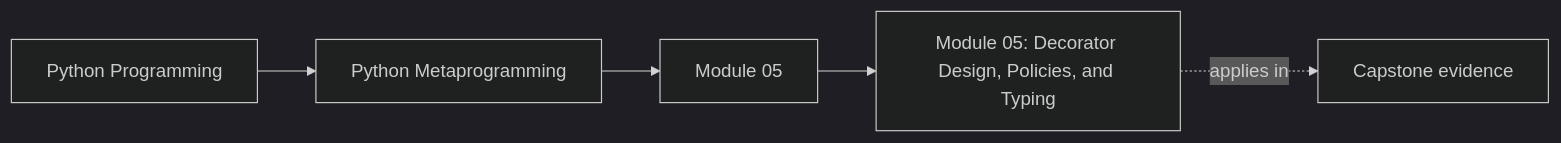
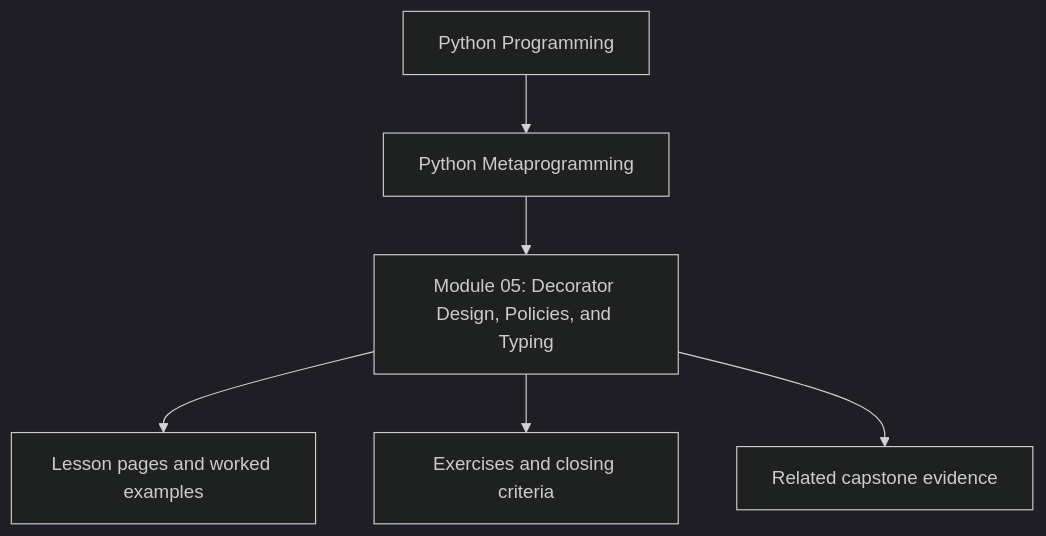
The first of 3 diagrams in programs/python-programming/python-meta-programming/course-book/module-05-decorator-design-and-typing/index.md (bijux/bijux-masterclass), drawn with Mermaid (dark theme) before and after one commit. The commit also changed other lines of this file and 10 other files, not shown here.

Commit message:
docs(python-meta-programming): reposition module overview diagrams

````diff
--- a/programs/python-programming/python-meta-programming/course-book/module-05-decorator-design-and-typing/index.md
+++ b/programs/python-programming/python-meta-programming/course-book/module-05-decorator-design-and-typing/index.md
@@ -8,11 +8,8 @@
 ```mermaid
-graph LR
-  family["Python Programming"]
-  program["Python Metaprogramming"]
-  section["Module 05"]
-  page["Module 05: Decorator Design, Policies, and Typing"]
-  capstone["Capstone evidence"]
-
-  family --> program --> section --> page
-  page -.applies in.-> capstone
+flowchart TD
+  family["Python Programming"] --> program["Python Metaprogramming"]
+  program --> module["Module 05: Decorator Design, Policies, and Typing"]
+  module --> lessons["Lesson pages and worked examples"]
+  module --> checkpoints["Exercises and closing criteria"]
+  module --> capstone["Related capstone evidence"]
 ```
````
